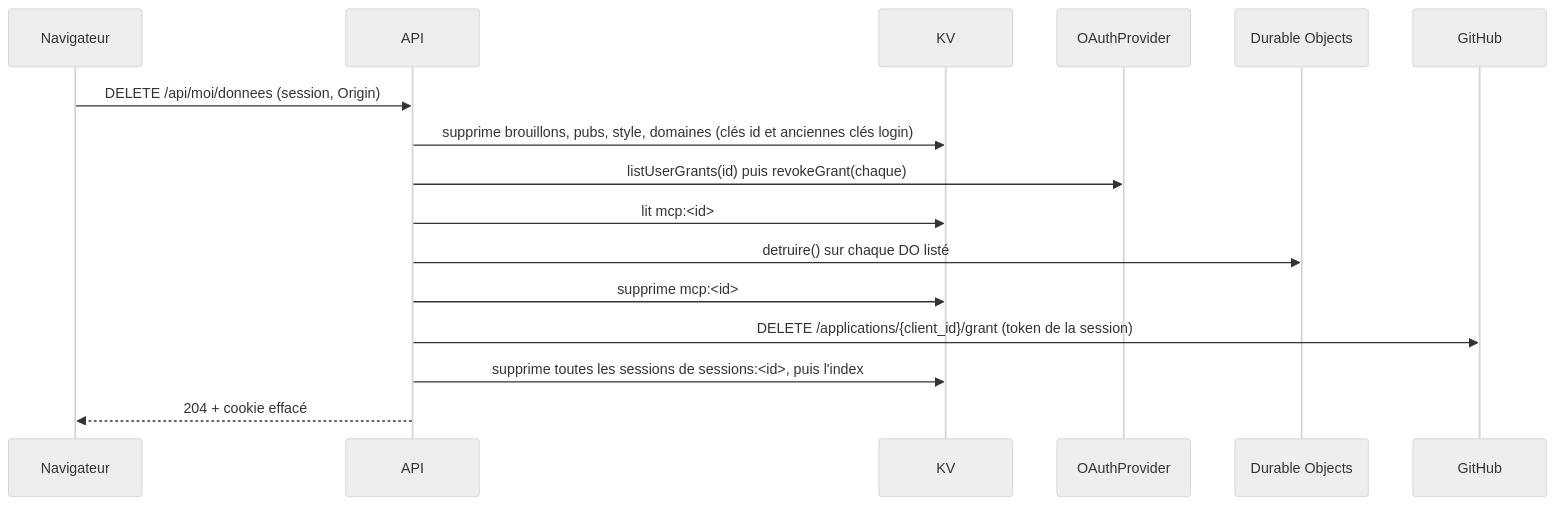
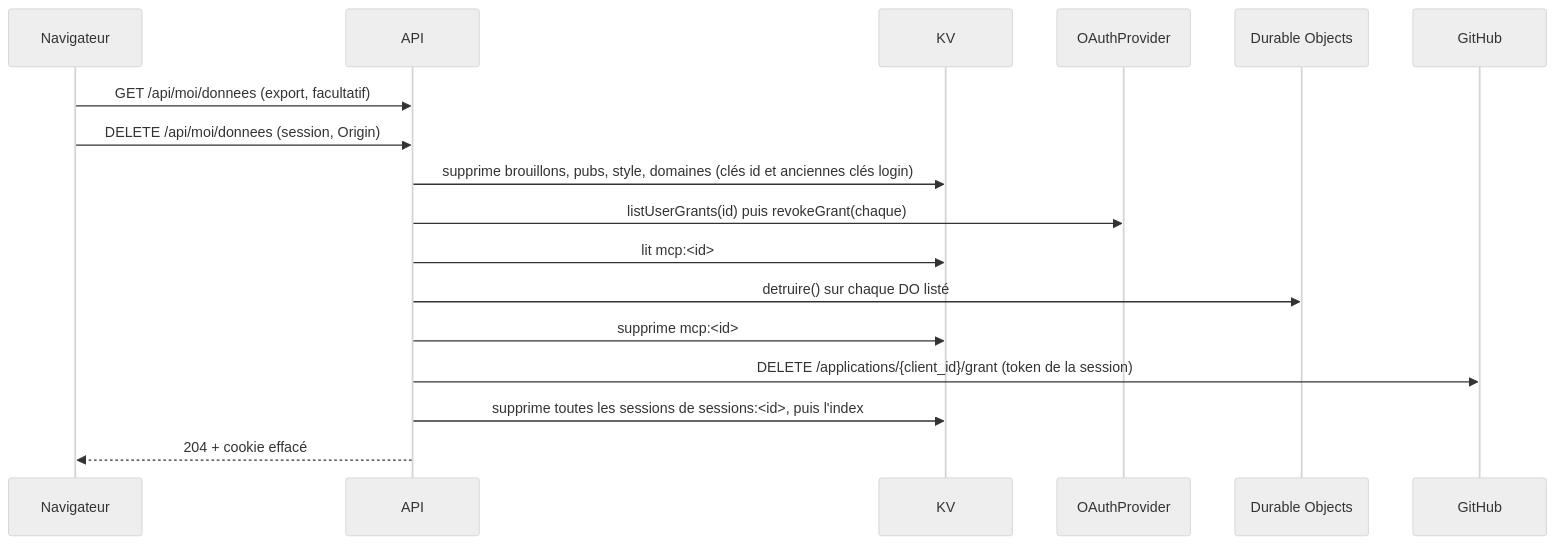
The eighth of 8 diagrams in docs/architecture.md (Souf-F/weekli), drawn with Mermaid (neutral theme) before and after one commit. The commit also changed other lines of this file and 13 other files, not shown here.

First line of the commit message:
docs: align readmes, roadmap, architecture and install guide with the code

````diff
--- a/docs/architecture.md
+++ b/docs/architecture.md
@@ -339,19 +318,20 @@
 ```mermaid
 sequenceDiagram
     participant N as Navigateur
     participant A as API
     participant K as KV
     participant O as OAuthProvider
     participant D as Durable Objects
     participant G as GitHub
 
+    N->>A: GET /api/moi/donnees (export, facultatif)
     N->>A: DELETE /api/moi/donnees (session, Origin)
     A->>K: supprime brouillons, pubs, style, domaines (clés id et anciennes clés login)
     A->>O: listUserGrants(id) puis revokeGrant(chaque)
     A->>K: lit mcp:<id>
     A->>D: detruire() sur chaque DO listé
     A->>K: supprime mcp:<id>
     A->>G: DELETE /applications/{client_id}/grant (token de la session)
     A->>K: supprime toutes les sessions de sessions:<id>, puis l'index
     A-->>N: 204 + cookie effacé
 ```
````
